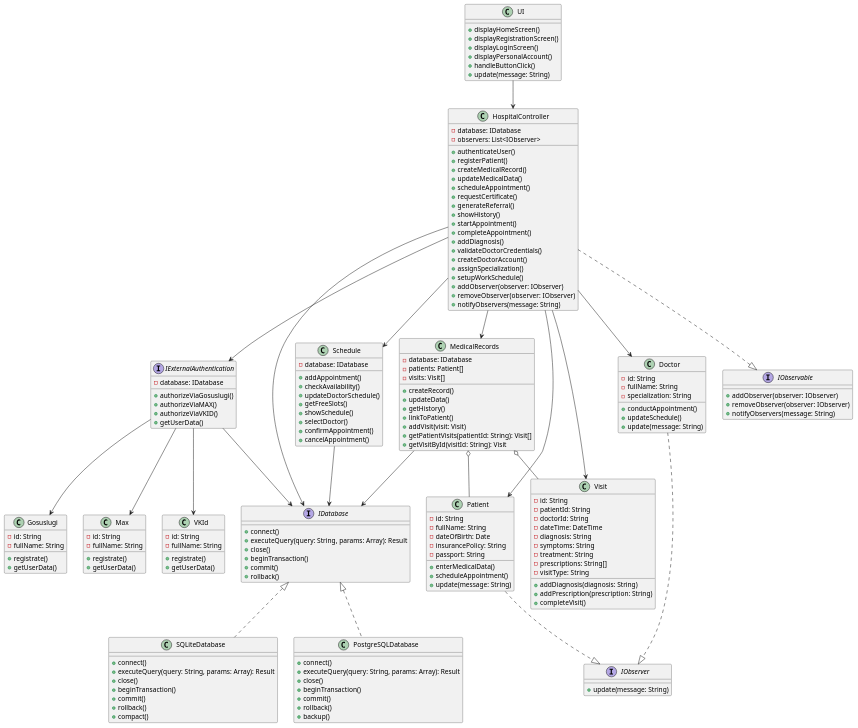
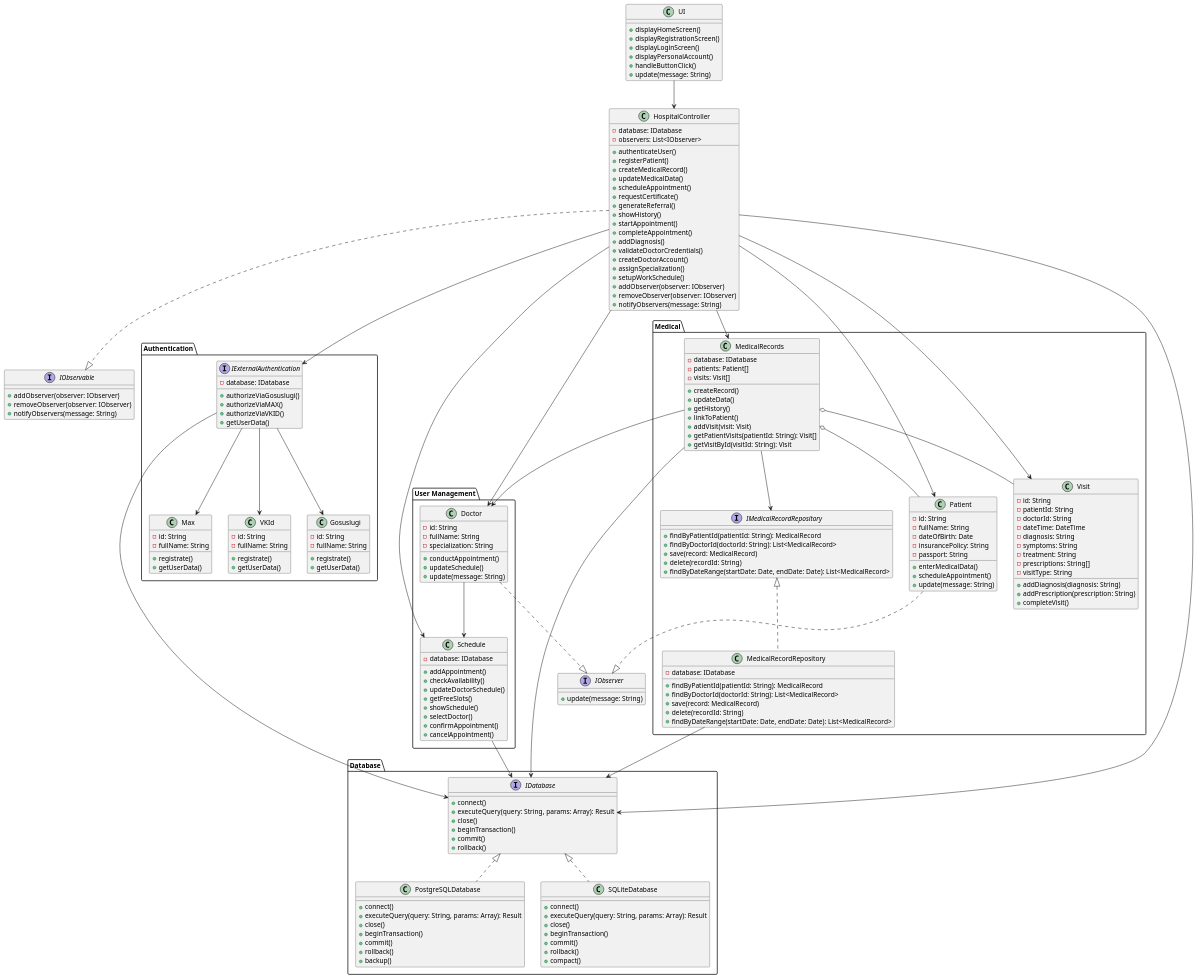
Before and after one commit to penamarth/bsbo-02-23_team5_var3_clinic: the diagram in ClassDiagram.md, drawn with PlantUML.

Commit message:
Update ClassDiagram.md
Major enhancements in ClassDiagram

```diff
--- a/ClassDiagram.md
+++ b/ClassDiagram.md
@@ -1,5 +1,163 @@
 @startuml
 
+package "Authentication" {
+    interface IExternalAuthentication {
+        -database: IDatabase
+        +authorizeViaGosuslugi()
+        +authorizeViaMAX()
+        +authorizeViaVKID()
+        +getUserData()
+    }
+    
+    class Gosuslugi {
+        -id: String
+        -fullName: String
+        +registrate()
+        +getUserData()
+    }
+    
+    class Max {
+        -id: String
+        -fullName: String
+        +registrate()
+        +getUserData()
+    }
+    
+    class VKId {
+        -id: String
+        -fullName: String
+        +registrate()
+        +getUserData()
+    }
+    
+    
+}
+
+package "User Management" {
+
+    class Doctor {
+        -id: String
+        -fullName: String
+        -specialization: String
+        +conductAppointment()
+        +updateSchedule()
+        +update(message: String)
+    }
+    class Schedule {
+        -database: IDatabase
+        +addAppointment()
+        +checkAvailability()
+        +updateDoctorSchedule()
+        +getFreeSlots()
+        +showSchedule()
+        +selectDoctor()
+        +confirmAppointment()
+        +cancelAppointment()
+    }
+    
+}
+
+package "Medical" {
+    class Visit {
+        -id: String
+        -patientId: String
+        -doctorId: String
+        -dateTime: DateTime
+        -diagnosis: String
+        -symptoms: String
+        -treatment: String
+        -prescriptions: String[]
+        -visitType: String
+        +addDiagnosis(diagnosis: String)
+        +addPrescription(prescription: String)
+        +completeVisit()
+    }
+
+    class MedicalRecords {
+        -database: IDatabase
+        -patients: Patient[]
+        -visits: Visit[]
+        +createRecord()
+        +updateData()
+        +getHistory()
+        +linkToPatient()
+        +addVisit(visit: Visit)
+        +getPatientVisits(patientId: String): Visit[]
+        +getVisitById(visitId: String): Visit
+    }
+    class Patient {
+        -id: String
+        -fullName: String
+        -dateOfBirth: Date
+        -insurancePolicy: String
+        -passport: String
+        +enterMedicalData()
+        +scheduleAppointment()
+        +update(message: String)
+    }
+
+    interface IMedicalRecordRepository {
+        +findByPatientId(patientId: String): MedicalRecord
+        +findByDoctorId(doctorId: String): List<MedicalRecord>
+        +save(record: MedicalRecord)
+        +delete(recordId: String)
+        +findByDateRange(startDate: Date, endDate: Date): List<MedicalRecord>
+    }
+
+    class MedicalRecordRepository implements IMedicalRecordRepository {
+        -database: IDatabase
+        +findByPatientId(patientId: String): MedicalRecord
+        +findByDoctorId(doctorId: String): List<MedicalRecord>
+        +save(record: MedicalRecord)
+        +delete(recordId: String)
+        +findByDateRange(startDate: Date, endDate: Date): List<MedicalRecord>
+    }
+    
+    
+}
+  
+
+package "Database" {
+    interface IDatabase {
+        +connect()
+        +executeQuery(query: String, params: Array): Result
+        +close()
+        +beginTransaction()
+        +commit()
+        +rollback()
+    }
+
+    class PostgreSQLDatabase implements IDatabase {
+        +connect()
+        +executeQuery(query: String, params: Array): Result
+        +close()
+        +beginTransaction()
+        +commit()
+        +rollback()
+        +backup()
+    }
+
+    class SQLiteDatabase implements IDatabase {
+        +connect()
+        +executeQuery(query: String, params: Array): Result
+        +close()
+        +beginTransaction()
+        +commit()
+        +rollback()
+        +compact()
+    }
+
+}
+
+interface IObserver {
+        +update(message: String)
+    }
+interface IObservable {
+    +addObserver(observer: IObserver)
+    +removeObserver(observer: IObserver)
+    +notifyObservers(message: String)
+    }
+    
 class UI {
     +displayHomeScreen()
     +displayRegistrationScreen()
@@ -32,132 +190,6 @@
     +notifyObservers(message: String)
 }
 
-interface IExternalAuthentication {
-    -database: IDatabase
-    +authorizeViaGosuslugi()
-    +authorizeViaMAX()
-    +authorizeViaVKID()
-    +getUserData()
-    
-}
-class Gosuslugi {
-    -id: String
-    -fullName: String
-    +registrate()
-    +getUserData()
-}
-class Max {
-    -id: String
-    -fullName: String
-    +registrate()
-    +getUserData()
-}
-class VKId {
-    -id: String
-    -fullName: String
-    +registrate()
-    +getUserData()
-}
-
-class Patient {
-    -id: String
-    -fullName: String
-    -dateOfBirth: Date
-    -insurancePolicy: String
-    -passport: String
-    +enterMedicalData()
-    +scheduleAppointment()
-    +update(message: String)
-}
-
-class Doctor {
-    -id: String
-    -fullName: String
-    -specialization: String
-    +conductAppointment()
-    +updateSchedule()
-    +update(message: String)
-}
-
-class Visit {
-    -id: String
-    -patientId: String
-    -doctorId: String
-    -dateTime: DateTime
-    -diagnosis: String
-    -symptoms: String
-    -treatment: String
-    -prescriptions: String[]
-    -visitType: String
-    +addDiagnosis(diagnosis: String)
-    +addPrescription(prescription: String)
-    +completeVisit()
-}
-
-interface IDatabase {
-    +connect()
-    +executeQuery(query: String, params: Array): Result
-    +close()
-    +beginTransaction()
-    +commit()
-    +rollback()
-}
-
-class MedicalRecords {
-    -database: IDatabase
-    -patients: Patient[]
-    -visits: Visit[]
-    +createRecord()
-    +updateData()
-    +getHistory()
-    +linkToPatient()
-    +addVisit(visit: Visit)
-    +getPatientVisits(patientId: String): Visit[]
-    +getVisitById(visitId: String): Visit
-}
-
-class Schedule {
-    -database: IDatabase
-    +addAppointment()
-    +checkAvailability()
-    +updateDoctorSchedule()
-    +getFreeSlots()
-    +showSchedule()
-    +selectDoctor()
-    +confirmAppointment()
-    +cancelAppointment()
-}
-
-class PostgreSQLDatabase implements IDatabase {
-    +connect()
-    +executeQuery(query: String, params: Array): Result
-    +close()
-    +beginTransaction()
-    +commit()
-    +rollback()
-    +backup()
-}
-
-class SQLiteDatabase implements IDatabase {
-    +connect()
-    +executeQuery(query: String, params: Array): Result
-    +close()
-    +beginTransaction()
-    +commit()
-    +rollback()
-    +compact()
-}
-
-interface IObserver {
-    +update(message: String)
-}
-
-interface IObservable {
-    +addObserver(observer: IObserver)
-    +removeObserver(observer: IObserver)
-    +notifyObservers(message: String)
-}
-
 UI --> HospitalController
 
 HospitalController --> IExternalAuthentication
@@ -167,20 +199,21 @@
 HospitalController --> Doctor
 HospitalController --> Visit
 
-MedicalRecords o-- Patient 
-MedicalRecords o-- Visit 
-
 HospitalController ..|> IObservable
 Patient ..|> IObserver
 Doctor ..|> IObserver
-
-IExternalAuthentication --> Gosuslugi
+HospitalController --> IDatabase
 IExternalAuthentication --> Max
 IExternalAuthentication --> VKId
-
+IExternalAuthentication --> IDatabase
+IExternalAuthentication --> Gosuslugi
+MedicalRecords o-- Patient
+MedicalRecords o-- Visit
+MedicalRecords --> Doctor
+MedicalRecordRepository --> IDatabase
+MedicalRecords --> IMedicalRecordRepository
+MedicalRecords --> IDatabase
+Doctor --> Schedule
 Schedule --> IDatabase
-HospitalController --> IDatabase
-IExternalAuthentication --> IDatabase
-MedicalRecords --> IDatabase
 
 @enduml
```
